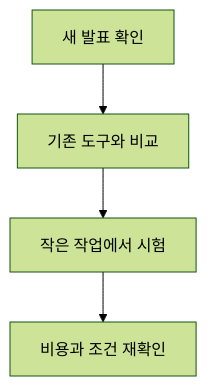
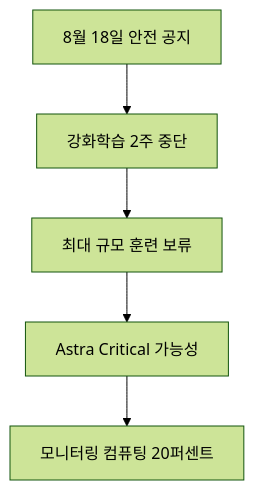
The diagram in _posts/2026-08-20-openai-pauses-frontier-model-rl-training-over-cyber-risks-and-adds-20-percent-compute-safeguard.md (jjxxmiin/jjxxmiin.github.io), drawn with Mermaid (forest theme) before and after one commit. The commit also changed other lines of this file and 7 other files, not shown here.

First line of the commit message:
빈 말로 채운 다이어그램을 사실로 만든 요약 흐름으로 교체

````diff
--- a/_posts/2026-08-20-openai-pauses-frontier-model-rl-training-over-cyber-risks-and-adds-20-percent-compute-safeguard.md
+++ b/_posts/2026-08-20-openai-pauses-frontier-model-rl-training-over-cyber-risks-and-adds-20-percent-compute-safeguard.md
@@ -99,6 +58,12 @@
 ```mermaid
 flowchart TD
-    A["새 발표 확인"] --> B["기존 도구와 비교"]
-    B --> C["작은 작업에서 시험"]
-    C --> D["비용과 조건 재확인"]
+    N0["8월 18일 안전 공지"]
+    N1["강화학습 2주 중단"]
+    N2["최대 규모 훈련 보류"]
+    N3["Astra Critical 가능성"]
+    N4["모니터링 컴퓨팅 20퍼센트"]
+    N0 --> N1
+    N1 --> N2
+    N2 --> N3
+    N3 --> N4
 ```
````
